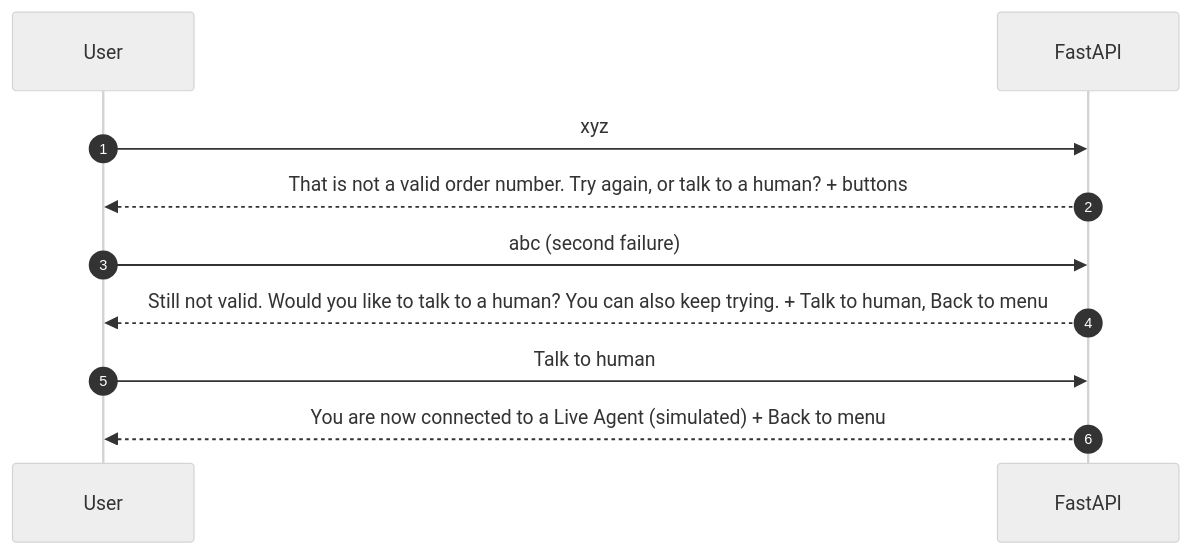
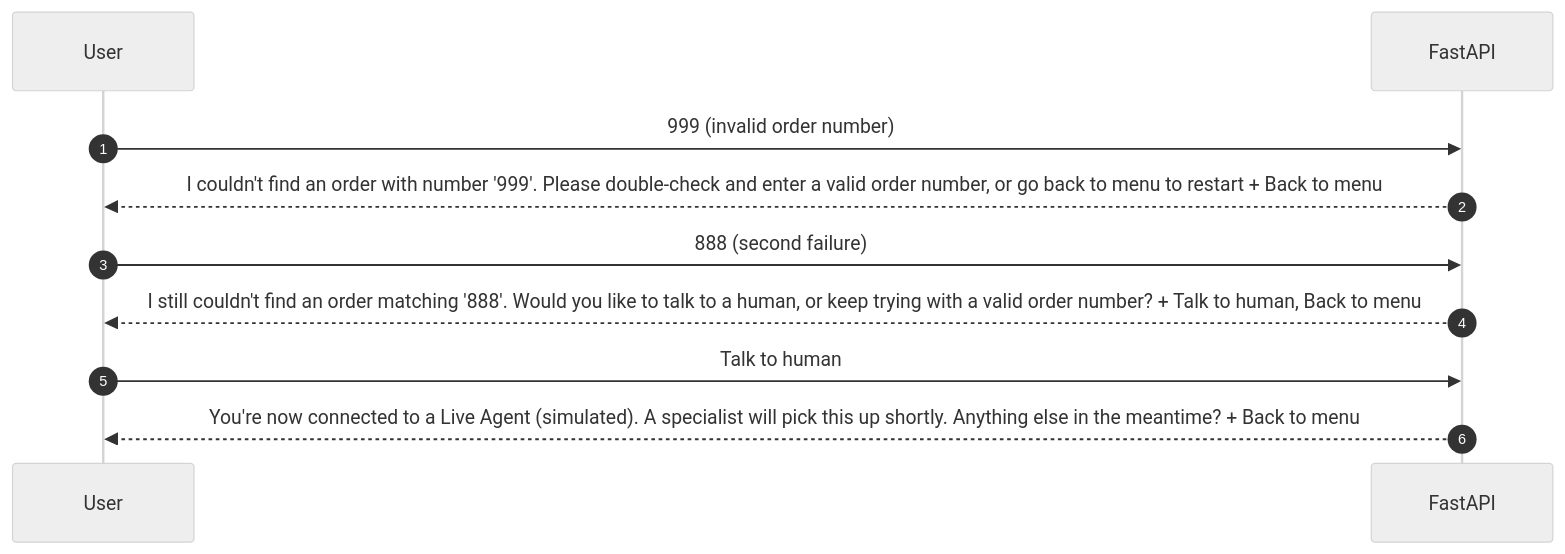
The seventh of 9 diagrams in architecture.md (pkbros/cutomerBot2), drawn with Mermaid (neutral theme) before and after one commit. The commit also changed other lines of this file and 6 other files, not shown here.

````diff
--- a/architecture.md
+++ b/architecture.md
@@ -254,12 +256,12 @@
 ```mermaid
 sequenceDiagram
     autonumber
     participant U as User
     participant B as FastAPI
-    U->>B: xyz
-    B-->>U: That is not a valid order number. Try again, or talk to a human? + buttons
-    U->>B: abc (second failure)
-    B-->>U: Still not valid. Would you like to talk to a human? You can also keep trying. + Talk to human, Back to menu
+    U->>B: 999 (invalid order number)
+    B-->>U: I couldn't find an order with number '999'. Please double-check and enter a valid order number, or go back to menu to restart + Back to menu
+    U->>B: 888 (second failure)
+    B-->>U: I still couldn't find an order matching '888'. Would you like to talk to a human, or keep trying with a valid order number? + Talk to human, Back to menu
     U->>B: Talk to human
-    B-->>U: You are now connected to a Live Agent (simulated) + Back to menu
+    B-->>U: You're now connected to a Live Agent (simulated). A specialist will pick this up shortly. Anything else in the meantime? + Back to menu
 ```
````
